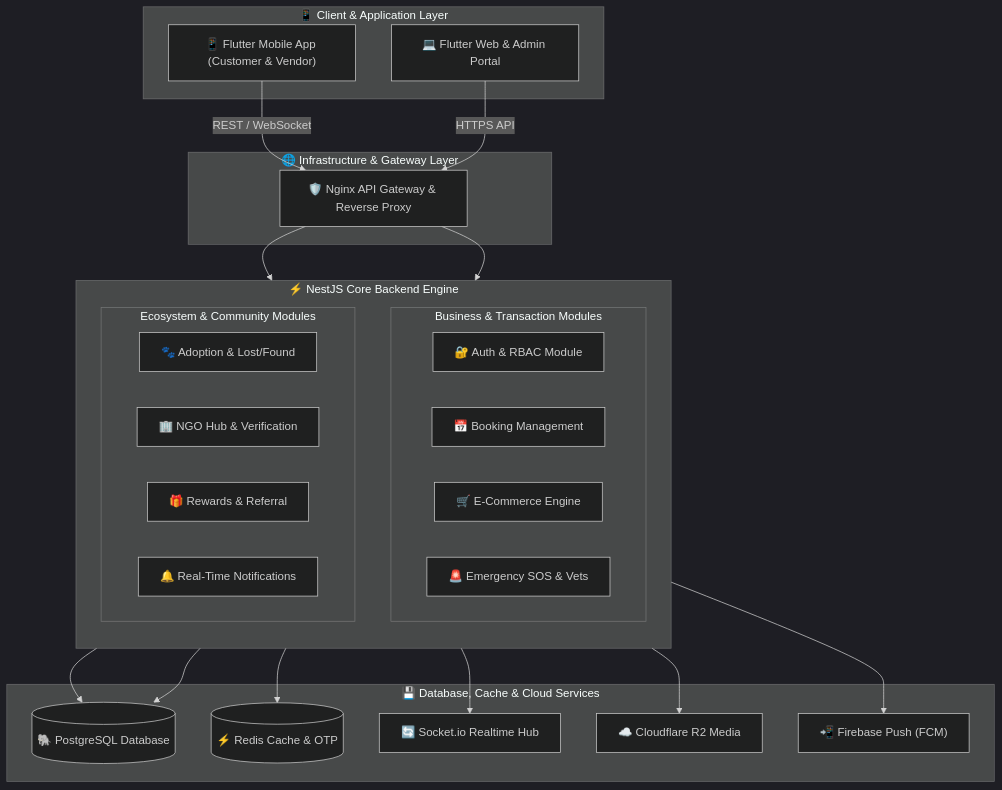
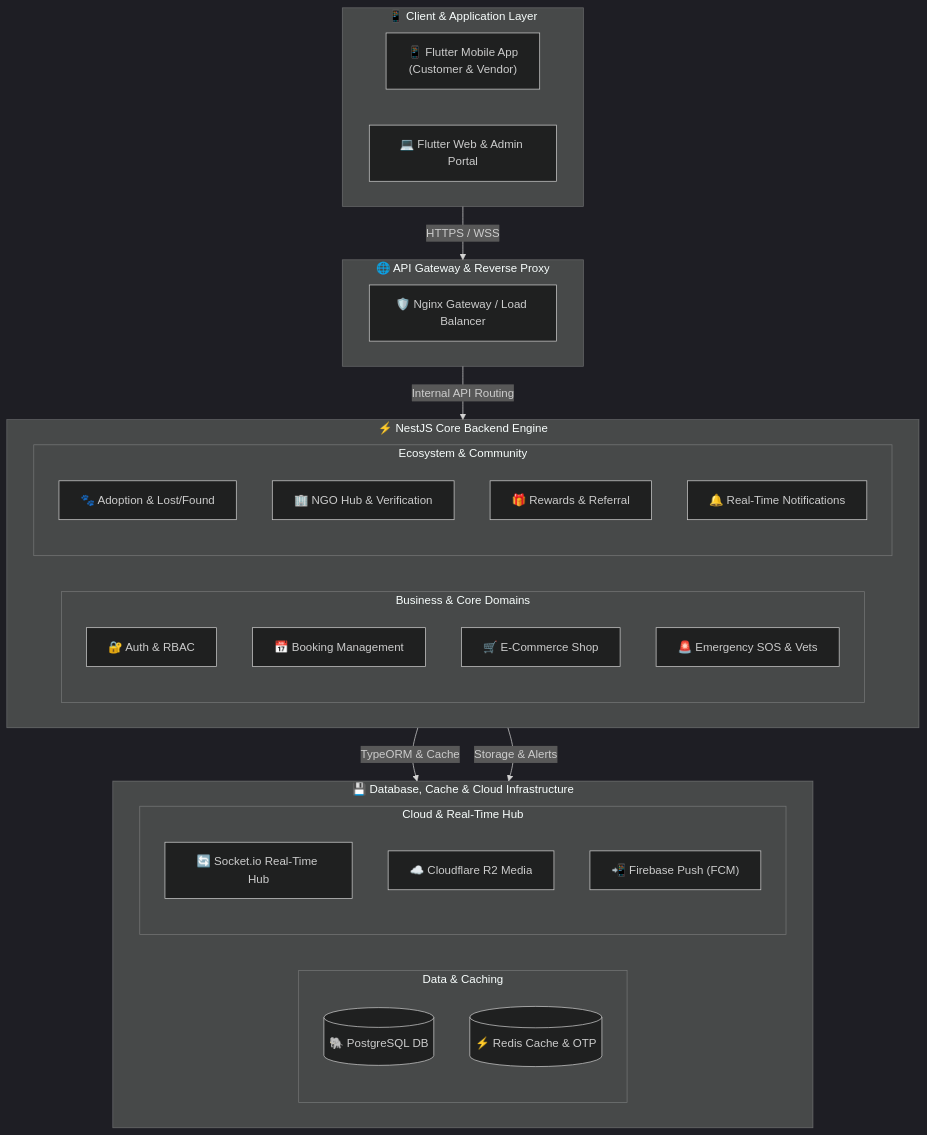
Before and after one commit to Vk2533120/petsewa_backrnd: the first of 3 diagrams in README.md, drawn with Mermaid (dark theme).

Commit message:
docs: Perfect Mermaid diagram wiring and multi-tier layout

````diff
--- a/README.md
+++ b/README.md
@@ -13,52 +13,51 @@
 ```mermaid
 flowchart TD
-    %% Layer 1: Client
-    subgraph ClientLayer["📱 Client & Application Layer"]
-        App["📱 Flutter Mobile App (Customer & Vendor)"]
+    %% Tier 1: Client & Applications
+    subgraph Tier1["📱 Client & Application Layer"]
+        direction LR
+        App["📱 Flutter Mobile App<br/>(Customer & Vendor)"]
         Web["💻 Flutter Web & Admin Portal"]
     end
 
-    %% Layer 2: Gateway
-    subgraph GatewayLayer["🌐 Infrastructure & Gateway Layer"]
-        Gateway["🛡️ Nginx API Gateway & Reverse Proxy"]
+    %% Tier 2: API Gateway
+    subgraph Tier2["🌐 API Gateway & Reverse Proxy"]
+        Nginx["🛡️ Nginx Gateway / Load Balancer"]
     end
 
-    %% Layer 3: Backend Core Engine
-    subgraph BackendLayer["⚡ NestJS Core Backend Engine"]
-        direction TB
-        subgraph CoreServices["Business & Transaction Modules"]
-            Auth["🔐 Auth & RBAC Module"]
+    %% Tier 3: NestJS Core Engine
+    subgraph Tier3["⚡ NestJS Core Backend Engine"]
+        direction LR
+        subgraph CoreGroup["Business & Core Domains"]
+            Auth["🔐 Auth & RBAC"]
             Booking["📅 Booking Management"]
-            Ecom["🛒 E-Commerce Engine"]
+            Ecom["🛒 E-Commerce Shop"]
             Emergency["🚨 Emergency SOS & Vets"]
         end
-        subgraph PlatformServices["Ecosystem & Community Modules"]
+        subgraph EcoGroup["Ecosystem & Community"]
             Adoption["🐾 Adoption & Lost/Found"]
             NGO["🏢 NGO Hub & Verification"]
             Rewards["🎁 Rewards & Referral"]
             Notif["🔔 Real-Time Notifications"]
         end
     end
 
-    %% Layer 4: Storage & Cloud Services
-    subgraph DataLayer["💾 Database, Cache & Cloud Services"]
-        PG[("🐘 PostgreSQL Database")]
-        Redis[("⚡ Redis Cache & OTP")]
-        Socket["🔄 Socket.io Realtime Hub"]
-        R2["☁️ Cloudflare R2 Media"]
-        FCM["📲 Firebase Push (FCM)"]
+    %% Tier 4: Database & Cloud Infrastructure
+    subgraph Tier4["💾 Database, Cache & Cloud Infrastructure"]
+        direction LR
+        subgraph DBBox["Data & Caching"]
+            PG[("🐘 PostgreSQL DB")]
+            Redis[("⚡ Redis Cache & OTP")]
+        end
+        subgraph CloudBox["Cloud & Real-Time Hub"]
+            Socket["🔄 Socket.io Real-Time Hub"]
+            R2["☁️ Cloudflare R2 Media"]
+            FCM["📲 Firebase Push (FCM)"]
+        end
     end
 
     %% Clean Top-Down Wiring
-    App -->|REST / WebSocket| Gateway
-    Web -->|HTTPS API| Gateway
-    Gateway --> CoreServices
-    Gateway --> PlatformServices
-
-    CoreServices --> PG
-    CoreServices --> Redis
-    PlatformServices --> PG
-    PlatformServices --> Socket
-    PlatformServices --> R2
-    PlatformServices --> FCM
+    Tier1 -->|HTTPS / WSS| Tier2
+    Tier2 -->|Internal API Routing| Tier3
+    CoreGroup -->|TypeORM & Cache| DBBox
+    EcoGroup -->|Storage & Alerts| CloudBox
 ```
````
